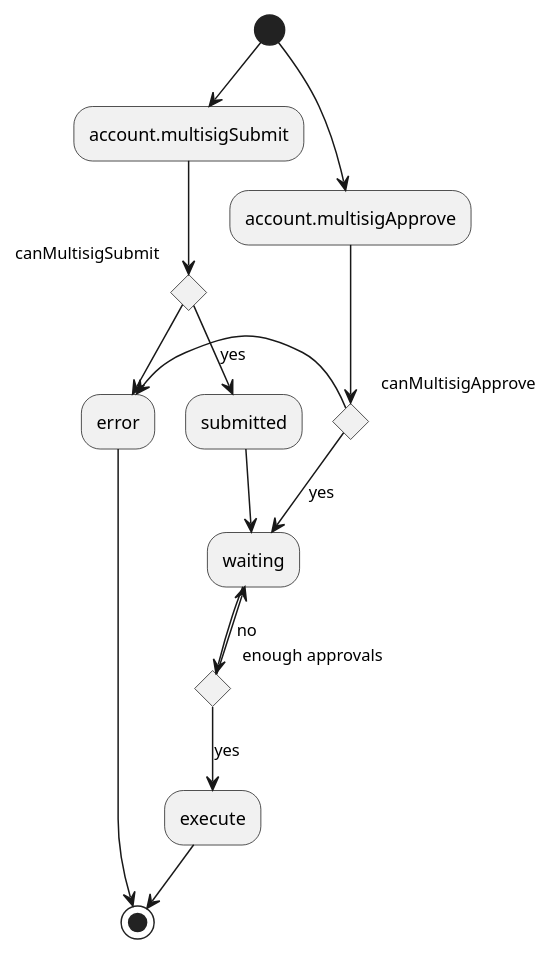
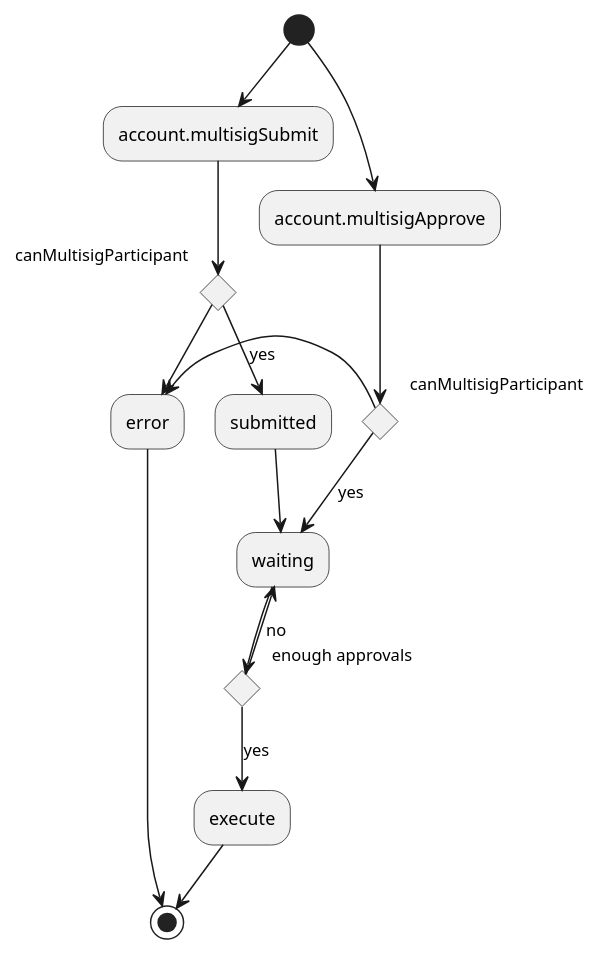
One commit to many-protocol/specification changed the diagram in attributes/network/9_account_features/1_account_multisig.adoc. Above: the diagram before and after it, drawn with PlantUML. The commit also changed other lines of this file and 1 other file, not shown here.

Commit message:
Minor adjustments and QoL improvements for multisig

```diff
--- a/attributes/network/9_account_features/1_account_multisig.adoc
+++ b/attributes/network/9_account_features/1_account_multisig.adoc
@@ -12,33 +12,33 @@
 [plantuml, format=png]
 ....
 @startuml
 
 (*) --> "account.multisigSubmit"
 
-if "canMultisigSubmit" then
+if "canMultisigParticipant" then
     -->[yes] submitted
 else
     --> error
     --> (*)
 endif
 
 (*) --> "account.multisigApprove"
 
-if "canMultisigApprove" then
+if "canMultisigParticipant" then
     -->[yes] waiting
 else
     -l-> error
 endif
 
 submitted --> waiting
 
 if "enough approvals" then
     -->[yes] execute
 else
     -->[no] waiting
 endif
 
 execute --> (*)
 
 @enduml
 ....
```
